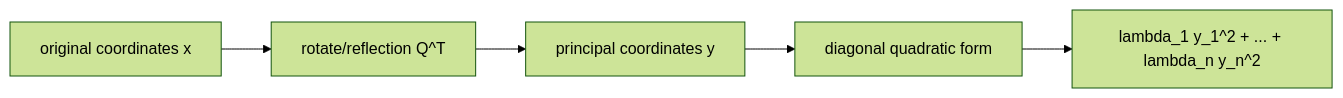
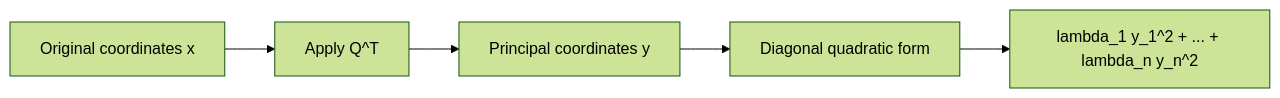
The diagram in docs/math/linear-algebra/quadratic-forms-and-spectral-theorems.md (justinbrianhwang/SJ-wiki), drawn with Mermaid (forest theme) before and after one commit. The commit also changed other lines of this file and 955 other files, not shown here.

````diff
--- a/docs/math/linear-algebra/quadratic-forms-and-spectral-theorems.md
+++ b/docs/math/linear-algebra/quadratic-forms-and-spectral-theorems.md
@@ -137,7 +85,7 @@
 ```mermaid
 flowchart LR
-  X["original coordinates x"] --> QT["rotate/reflection Q^T"]
-  QT --> Y["principal coordinates y"]
-  Y --> D["diagonal quadratic form"]
+  X["Original coordinates x"] --> QT["Apply Q^T"]
+  QT --> Y["Principal coordinates y"]
+  Y --> D["Diagonal quadratic form"]
   D --> Z["lambda_1 y_1^2 + ... + lambda_n y_n^2"]
 ```
````
